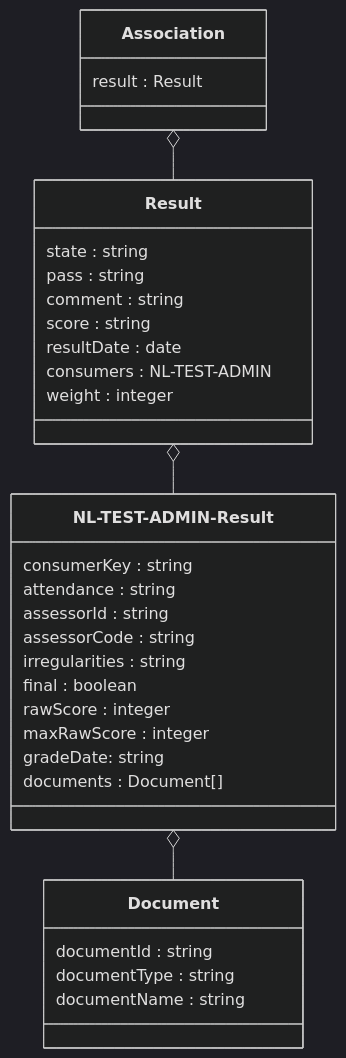
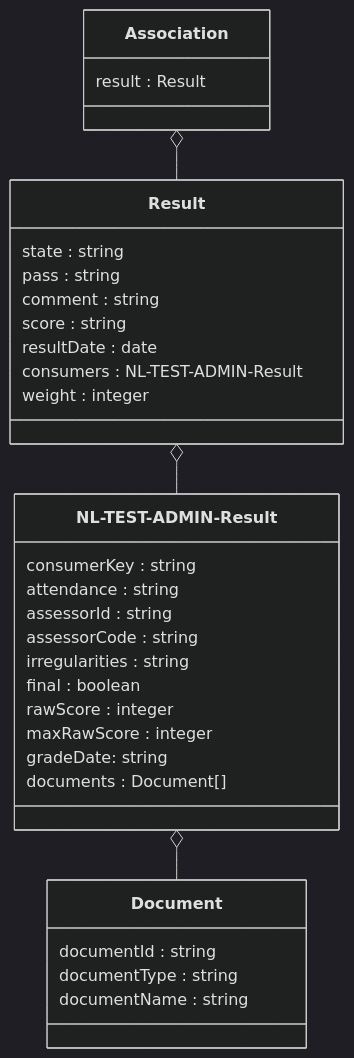
Before and after one commit to NetwerkExamineringDigitalisering/NED-OOAPI: the second of 2 diagrams in doc/flow5.md, drawn with Mermaid (dark theme). The commit also changed 3 other files, not shown here.

Commit message:
improve for readability class diagrams

````diff
--- a/doc/flow5.md
+++ b/doc/flow5.md
@@ -24,35 +24,35 @@
 ```mermaid
 classDiagram
     class Association {
-	result : Result
+    	result : Result
     }
     class Result {
     	state : string
-	pass : string
-	comment : string
-	score : string
-	resultDate : date
-	consumers : NL-TEST-ADMIN
-	weight : integer
+        pass : string
+        comment : string
+        score : string
+        resultDate : date
+        consumers : NL-TEST-ADMIN-Result
+        weight : integer
     }
     class `NL-TEST-ADMIN-Result` {
-	consumerKey : string
-	attendance : string
-	assessorId : string
-	assessorCode : string 
-	irregularities : string
-	final : boolean 
-	rawScore : integer 
-	maxRawScore : integer
-	gradeDate: string
-	documents : Document[]
+        consumerKey : string
+        attendance : string
+        assessorId : string
+        assessorCode : string 
+        irregularities : string
+        final : boolean 
+        rawScore : integer 
+        maxRawScore : integer
+        gradeDate: string
+        documents : Document[]
     }
     class Document {
-	documentId : string
-	documentType : string
-	documentName : string
+        documentId : string
+        documentType : string
+        documentName : string
     }
     Association o-- Result
     Result o-- `NL-TEST-ADMIN-Result`
     `NL-TEST-ADMIN-Result` o-- Document
 ```
````
